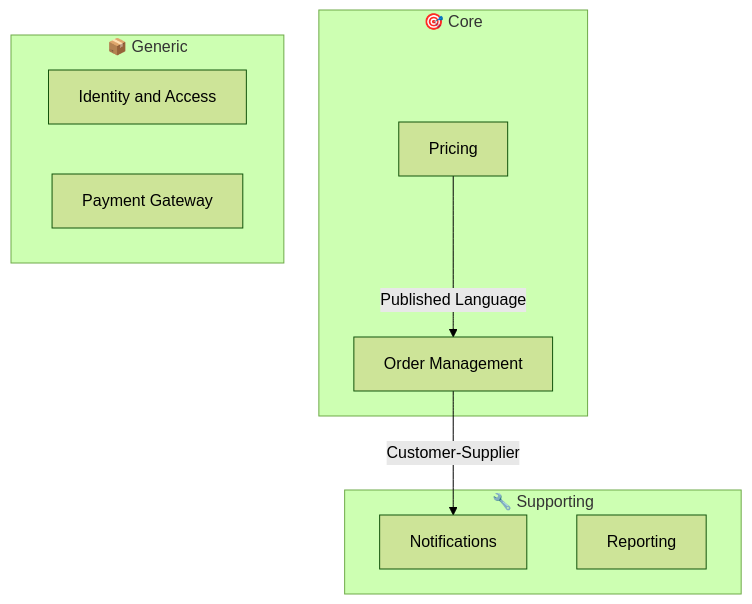
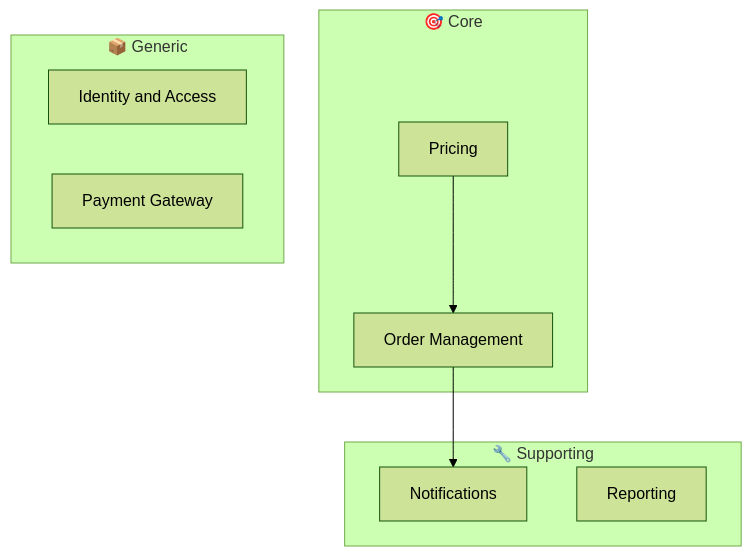
Before and after one commit to JSdotNet/ai-plugins: the third of 5 diagrams in plugins/domain-design/resources/ddd-diagram.md, drawn with Mermaid (forest theme). The commit also changed other lines of this file and 14 other files, not shown here.

Commit message:
fix(domain-design): retarget skills to the context-map/model/flow layout, landscape carries no pattern labels

````diff
--- a/plugins/domain-design/resources/ddd-diagram.md
+++ b/plugins/domain-design/resources/ddd-diagram.md
@@ -135,17 +135,17 @@
 ```mermaid
 flowchart TD
     subgraph Core["🎯 Core"]
         A[Order Management]
         B[Pricing]
     end
     subgraph Supporting["🔧 Supporting"]
         C[Notifications]
         D[Reporting]
     end
     subgraph Generic["📦 Generic"]
         E[Identity and Access]
         F[Payment Gateway]
     end
-    A -->|Customer-Supplier| C
-    B -->|Published Language| A
+    A --> C
+    B --> A
 ```
````
